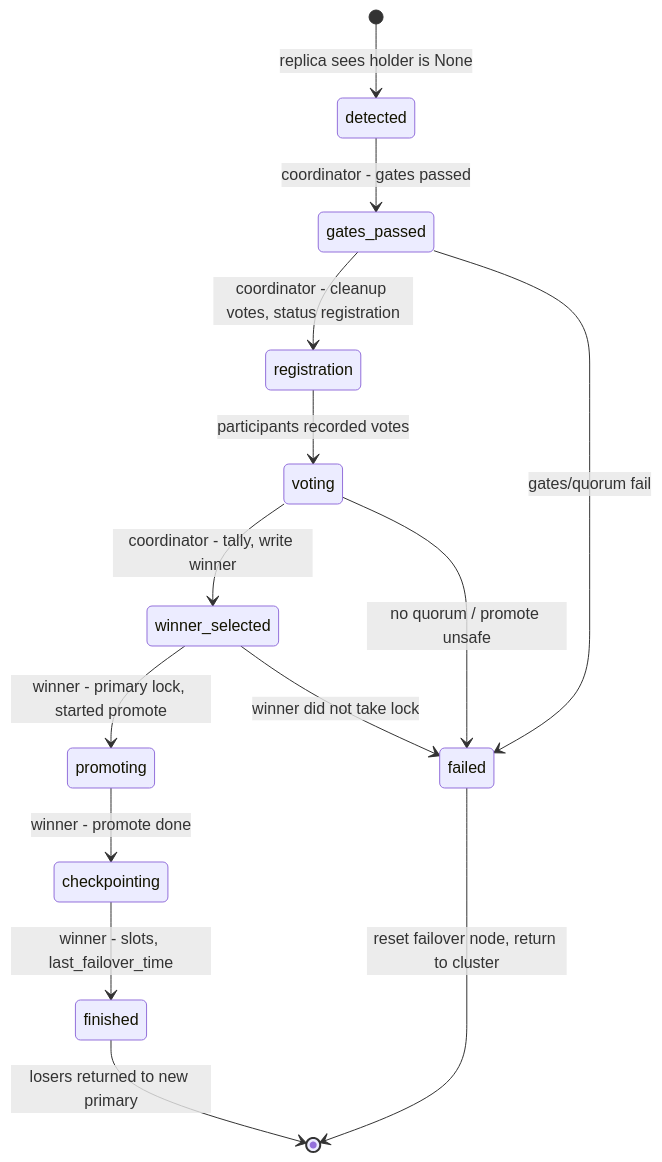
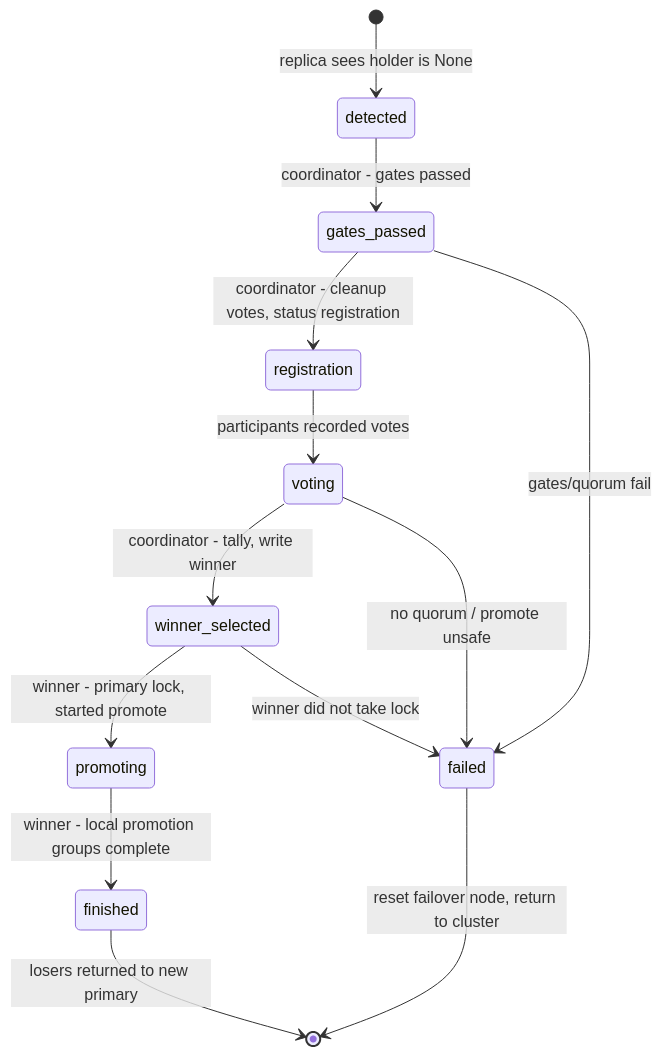
Before and after one commit to yandex/pgconsul: the diagram in adr/ADR-0007-failover-state-machine.md, drawn with Mermaid. The commit also changed other lines of this file and 32 other files, not shown here.

Commit message:
persist switchover/failover local steps in local fs

````diff
--- a/adr/ADR-0007-failover-state-machine.md
+++ b/adr/ADR-0007-failover-state-machine.md
@@ -79,16 +81,15 @@
 ```mermaid
 stateDiagram-v2
     [*] --> detected : replica sees holder is None
     detected --> gates_passed : coordinator - gates passed
     gates_passed --> registration : coordinator - cleanup votes, status registration
     registration --> voting : participants recorded votes
     voting --> winner_selected : coordinator - tally, write winner
     winner_selected --> promoting : winner - primary lock, started promote
-    promoting --> checkpointing : winner - promote done
-    checkpointing --> finished : winner - slots, last_failover_time
+    promoting --> finished : winner - local promotion groups complete
     finished --> [*] : losers returned to new primary
     gates_passed --> failed : gates/quorum fail
     voting --> failed : no quorum / promote unsafe
     winner_selected --> failed : winner did not take lock
     failed --> [*] : reset failover node, return to cluster
 ```
````
